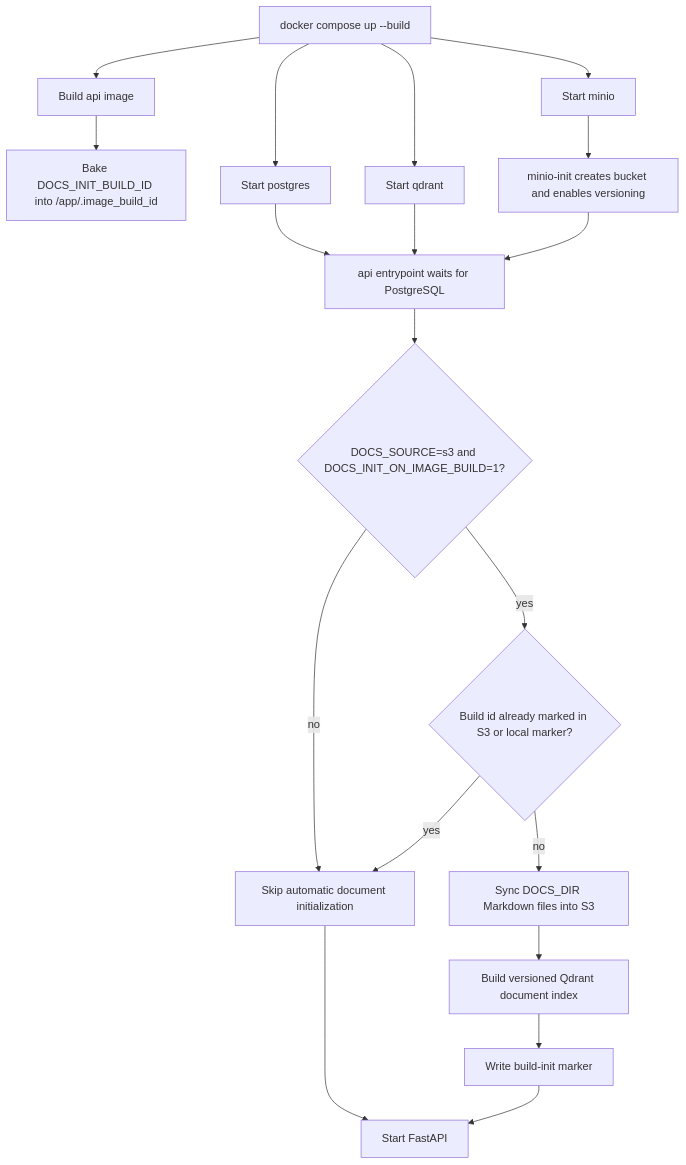
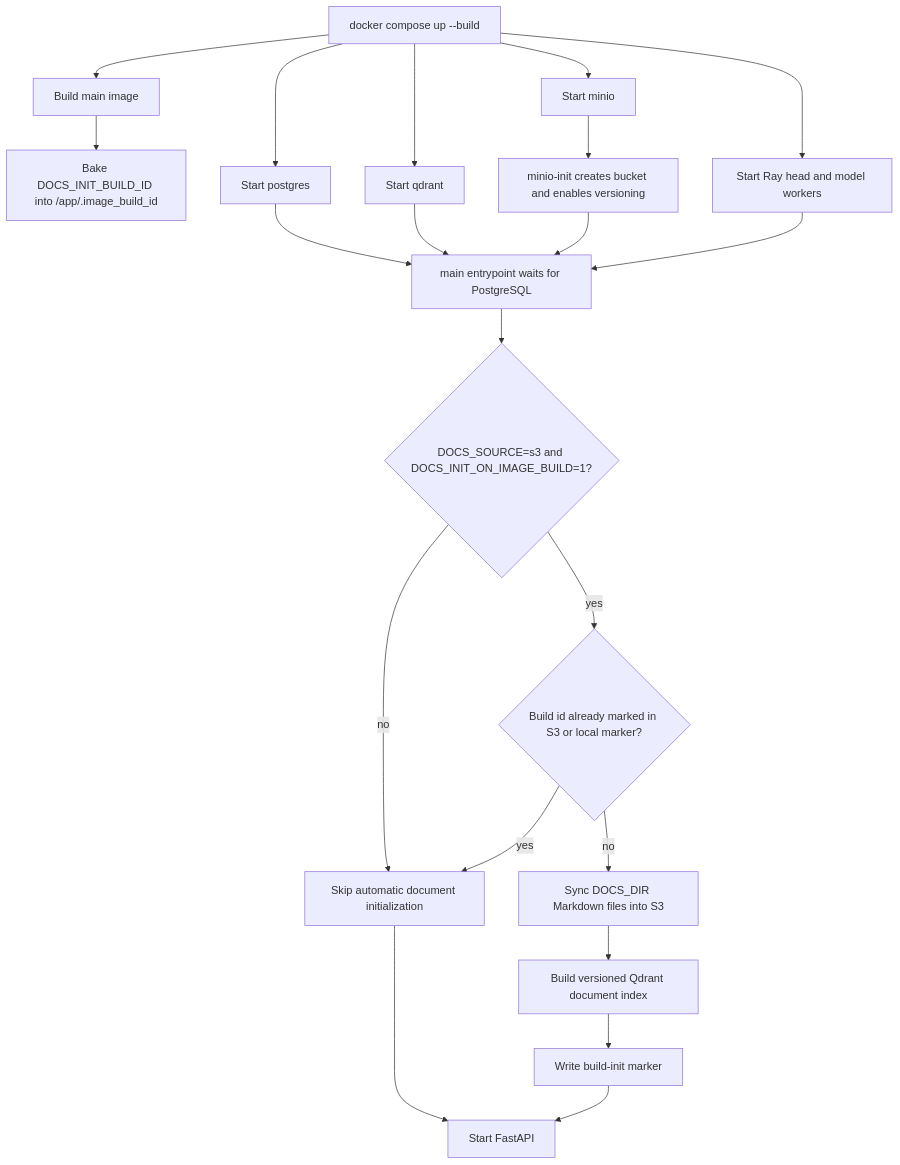
Before and after one commit to XingjiaYang/Knowledge-Base-Assistant: the second of 4 diagrams in readme.md, drawn with Mermaid. The commit also changed other lines of this file and 16 other files, not shown here.

Commit message:
Add Ray model worker architecture

````diff
--- a/readme.md
+++ b/readme.md
@@ -216,21 +272,23 @@
 ```mermaid
 flowchart TD
-    A["docker compose up --build"] --> B["Build api image"]
+    A["docker compose up --build"] --> B["Build main image"]
     B --> C["Bake DOCS_INIT_BUILD_ID into /app/.image_build_id"]
     A --> D["Start postgres"]
     A --> E["Start qdrant"]
     A --> F["Start minio"]
+    A --> R["Start Ray head and model workers"]
     F --> G["minio-init creates bucket and enables versioning"]
-    D --> H["api entrypoint waits for PostgreSQL"]
+    D --> H["main entrypoint waits for PostgreSQL"]
     E --> H
     G --> H
+    R --> H
     H --> I{"DOCS_SOURCE=s3 and DOCS_INIT_ON_IMAGE_BUILD=1?"}
     I -- "no" --> J["Skip automatic document initialization"]
     I -- "yes" --> K{"Build id already marked in S3 or local marker?"}
     K -- "yes" --> J
     K -- "no" --> L["Sync DOCS_DIR Markdown files into S3"]
     L --> M["Build versioned Qdrant document index"]
     M --> N["Write build-init marker"]
     J --> O["Start FastAPI"]
     N --> O
 ```
````
